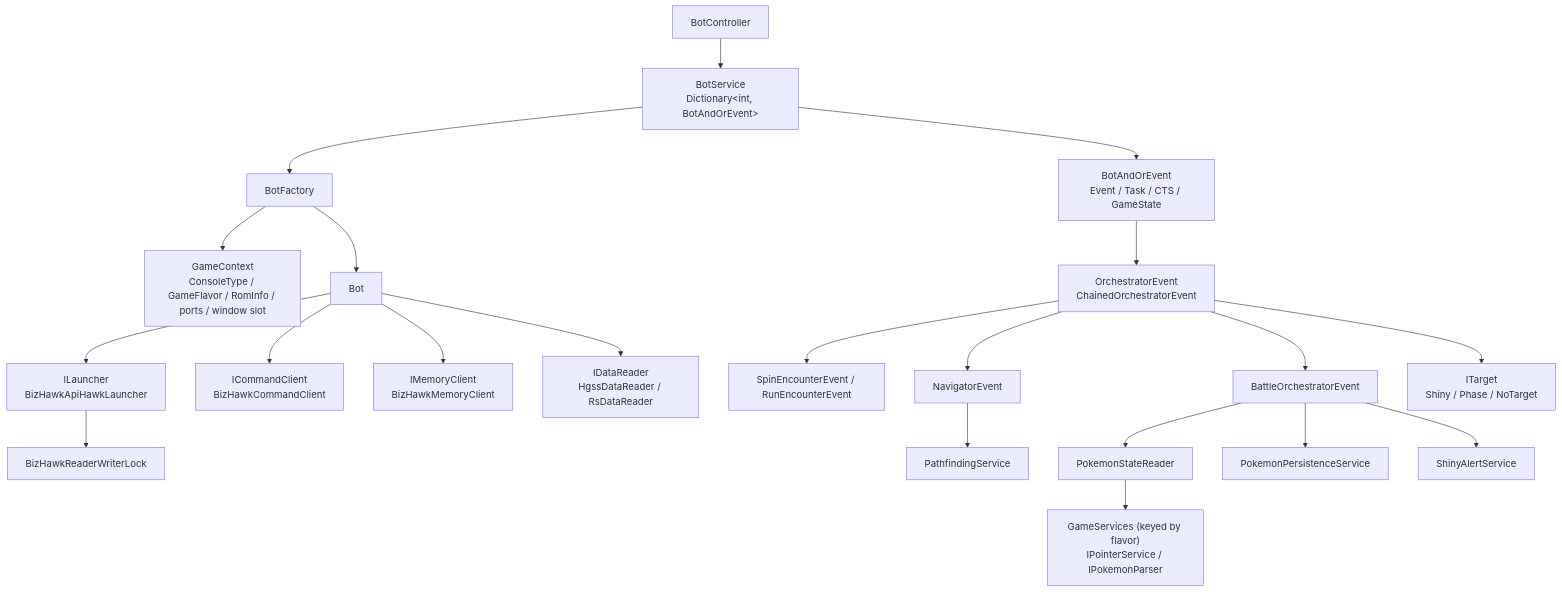
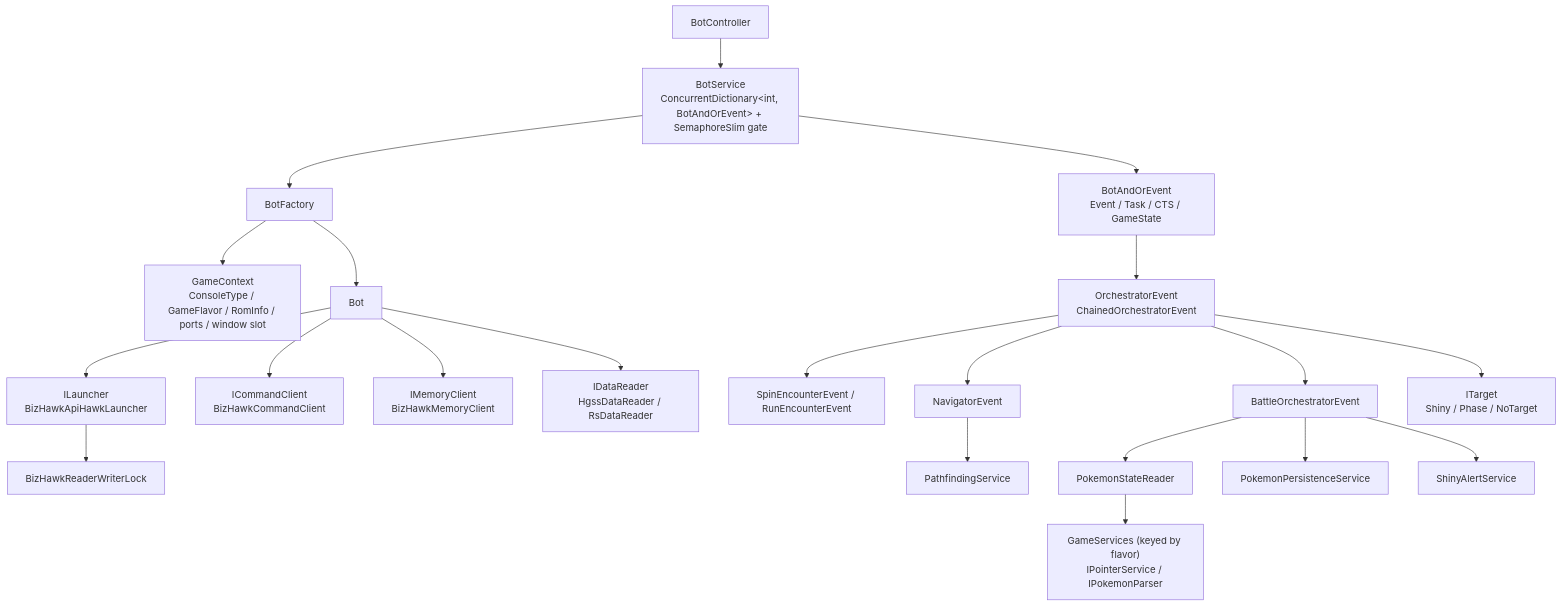
Before and after one commit to ppicinic/ShinyBotHunter: the second of 2 diagrams in docs/architecture/system-overview.md, drawn with Mermaid. The commit also changed other lines of this file and 2 other files, not shown here.

````diff
--- a/docs/architecture/system-overview.md
+++ b/docs/architecture/system-overview.md
@@ -116,21 +116,21 @@
 ```mermaid
 flowchart TD
-  BC[BotController] --> BS["BotService<br/>Dictionary&lt;int, BotAndOrEvent&gt;"]
+  BC[BotController] --> BS["BotService<br/>ConcurrentDictionary&lt;int, BotAndOrEvent&gt; + SemaphoreSlim gate"]
   BS --> BF[BotFactory]
   BF --> GC["GameContext<br/>ConsoleType / GameFlavor / RomInfo / ports / window slot"]
   BF --> Bot
   Bot --> L["ILauncher<br/>BizHawkApiHawkLauncher"]
   Bot --> CC["ICommandClient<br/>BizHawkCommandClient"]
   Bot --> MC["IMemoryClient<br/>BizHawkMemoryClient"]
   Bot --> DR["IDataReader<br/>HgssDataReader / RsDataReader"]
   L --> RWL[BizHawkReaderWriterLock]
   BS --> BAE["BotAndOrEvent<br/>Event / Task / CTS / GameState"]
   BAE --> OE["OrchestratorEvent<br/>ChainedOrchestratorEvent"]
   OE --> ENC["SpinEncounterEvent / RunEncounterEvent"]
   OE --> BOE[BattleOrchestratorEvent]
   OE --> NAV[NavigatorEvent] --> PF[PathfindingService]
   BOE --> PSR[PokemonStateReader] --> GS["GameServices (keyed by flavor)<br/>IPointerService / IPokemonParser"]
   BOE --> PP[PokemonPersistenceService]
   BOE --> SA[ShinyAlertService]
   OE --> T["ITarget<br/>Shiny / Phase / NoTarget"]
 ```
````
